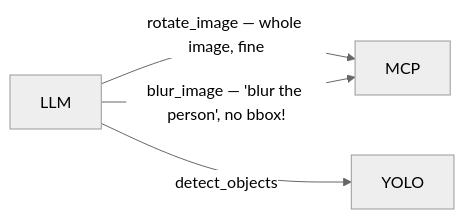
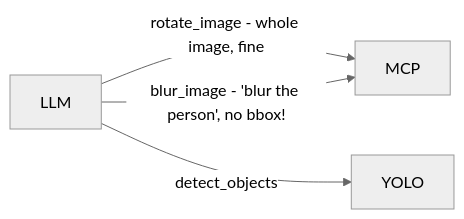
The first of 3 diagrams in tutorials/ai_langgraph.md (alonitac/AIEngineering), drawn with Mermaid (neutral theme) before and after one commit. The commit also changed other lines of this file, not shown here.

````diff
--- a/tutorials/ai_langgraph.md
+++ b/tutorials/ai_langgraph.md
@@ -54,6 +54,6 @@
 ```mermaid
 flowchart LR
-    LLM -->|"rotate_image — whole image, fine"| MCP
-    LLM -->|"blur_image — 'blur the person', no bbox!"| MCP
+    LLM -->|"rotate_image - whole image, fine"| MCP
+    LLM -->|"blur_image - 'blur the person', no bbox!"| MCP
     LLM -->|"detect_objects"| YOLO
 ```
````
